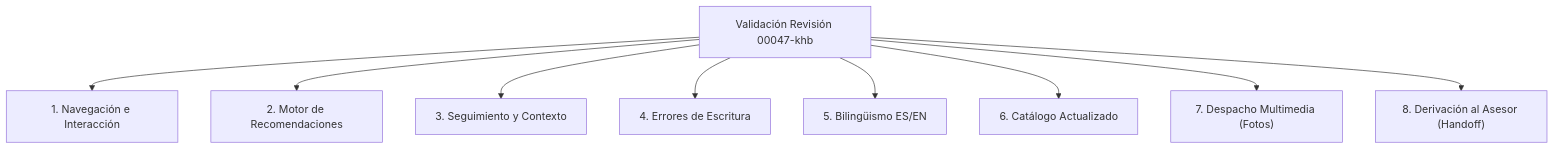
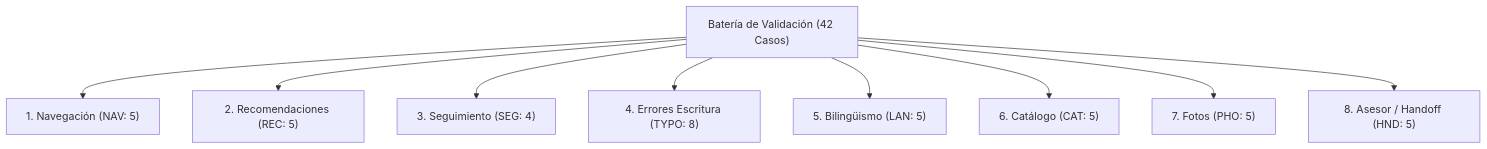
The diagram in texeira-prueba-v4-evidencias/docs/PLAN_VALIDACION_WHATSAPP_REVISION_00047.md (yorblim/chat-bot-texeira), drawn with Mermaid before and after one commit. The commit also changed other lines of this file, not shown here.

Commit message:
docs: corregir y completar plan de validacion de revision 00047 con 42 casos y distinciones tecnicas

````diff
--- a/texeira-prueba-v4-evidencias/docs/PLAN_VALIDACION_WHATSAPP_REVISION_00047.md
+++ b/texeira-prueba-v4-evidencias/docs/PLAN_VALIDACION_WHATSAPP_REVISION_00047.md
@@ -66,11 +108,11 @@
 ```mermaid
 graph TD
-    A["Validación Revisión 00047-khb"] --> B["1. Navegación e Interacción"]
-    A --> C["2. Motor de Recomendaciones"]
-    A --> D["3. Seguimiento y Contexto"]
-    A --> E["4. Errores de Escritura"]
-    A --> F["5. Bilingüismo ES/EN"]
-    A --> G["6. Catálogo Actualizado"]
-    A --> H["7. Despacho Multimedia (Fotos)"]
-    A --> I["8. Derivación al Asesor (Handoff)"]
+    A["Batería de Validación (42 Casos)"] --> B["1. Navegación (NAV: 5)"]
+    A --> C["2. Recomendaciones (REC: 5)"]
+    A --> D["3. Seguimiento (SEG: 4)"]
+    A --> E["4. Errores Escritura (TYPO: 8)"]
+    A --> F["5. Bilingüismo (LAN: 5)"]
+    A --> G["6. Catálogo (CAT: 5)"]
+    A --> H["7. Fotos (PHO: 5)"]
+    A --> I["8. Asesor / Handoff (HND: 5)"]
 ```
````
